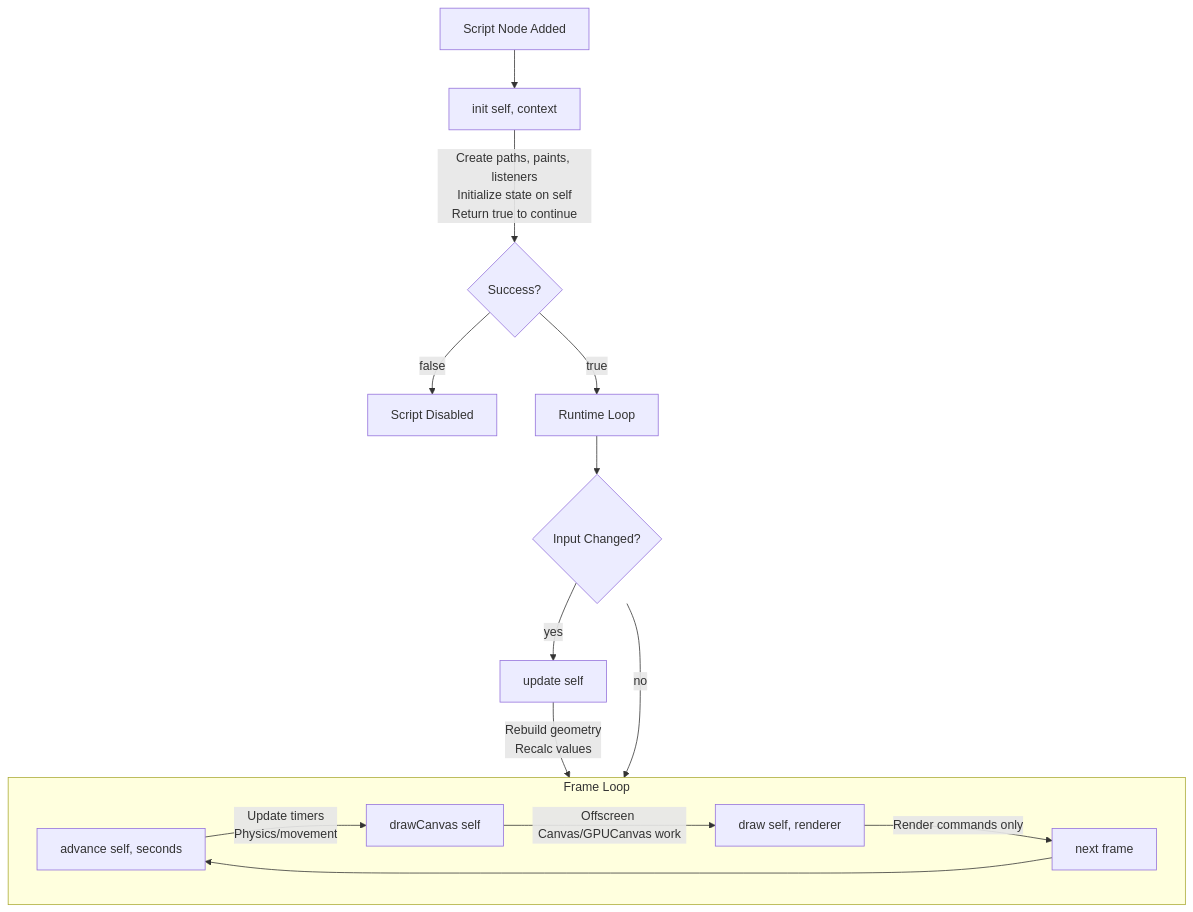
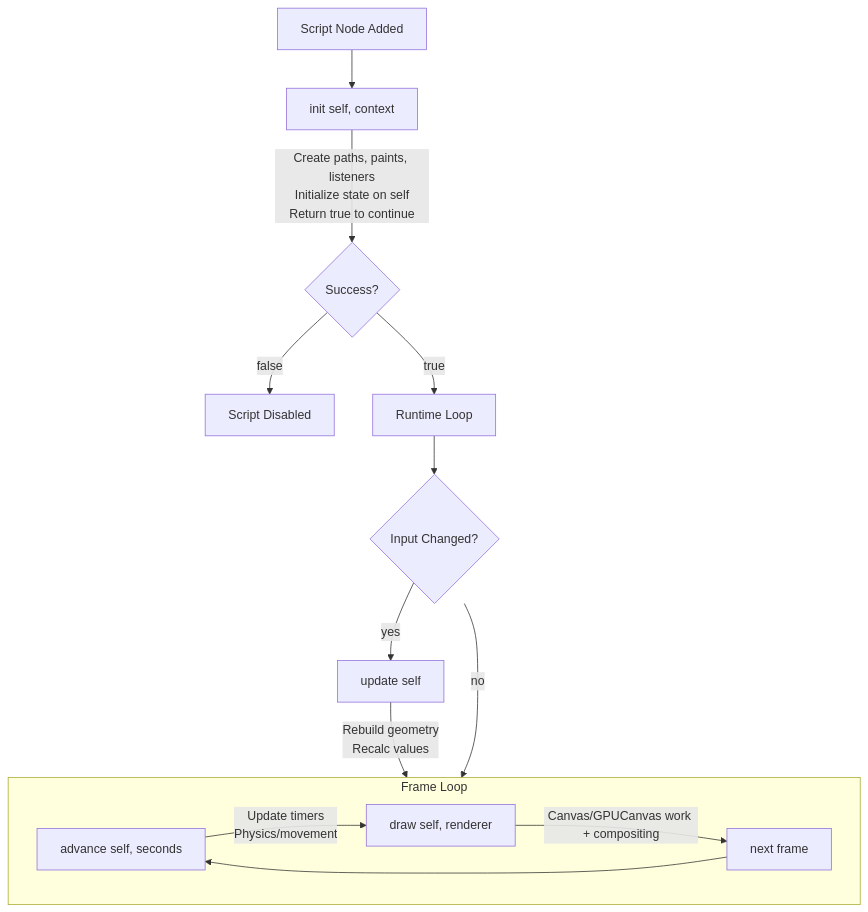
The diagram in docs/rive/protocols/node-lifecycle.mdx (ivg-design/lerp), drawn with Mermaid before and after one commit. The commit also changed other lines of this file and 40 other files, not shown here.

````diff
--- a/docs/rive/protocols/node-lifecycle.mdx
+++ b/docs/rive/protocols/node-lifecycle.mdx
@@ -181,19 +195,18 @@
 ```mermaid
 flowchart TD
     A[Script Node Added] --> B[init self, context]
     B --> |Create paths, paints, listeners<br/>Initialize state on self<br/>Return true to continue| C{Success?}
     C -->|false| D[Script Disabled]
     C -->|true| E[Runtime Loop]
 
     E --> F{Input Changed?}
     F -->|yes| G[update self]
     G --> |Rebuild geometry<br/>Recalc values| H
     F -->|no| H
 
     subgraph H[Frame Loop]
-        I[advance self, seconds] --> |Update timers<br/>Physics/movement| J[drawCanvas self]
-        J --> |Offscreen Canvas/GPUCanvas work| K[draw self, renderer]
-        K --> |Render commands only| L[next frame]
+        I[advance self, seconds] --> |Update timers<br/>Physics/movement| J[draw self, renderer]
+        J --> |Canvas/GPUCanvas work + compositing| L[next frame]
         L --> I
     end
 ```
````
